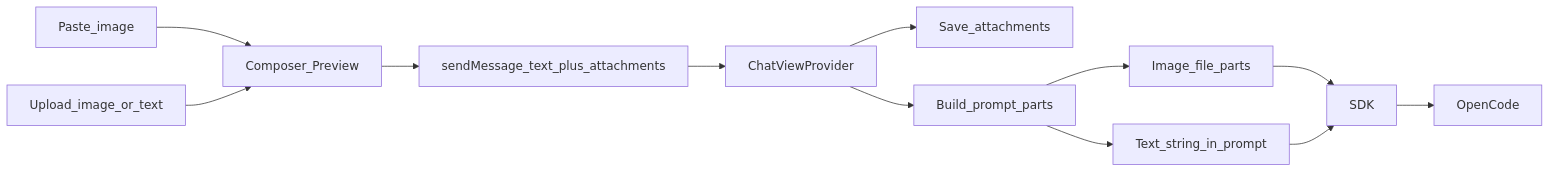
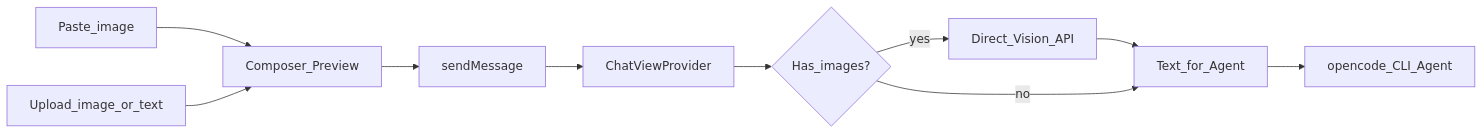
Before and after one commit to 13560440305/hxxcode: the diagram in docs/design/chat-image-attachments.md, drawn with Mermaid. The commit also changed other lines of this file and 32 other files, not shown here.

Commit message:
改造管理请求流程，将改成 VSCode_AI_CodingAgent_总体架构设计_v1.md 设计文档的模式进行处理，让其更接近claude code

````diff
--- a/docs/design/chat-image-attachments.md
+++ b/docs/design/chat-image-attachments.md
@@ -31,14 +35,12 @@
 ```mermaid
 flowchart LR
   pasteImg[Paste_image] --> preview[Composer_Preview]
   upload[Upload_image_or_text] --> preview
-  preview --> sendMsg[sendMessage_text_plus_attachments]
+  preview --> sendMsg[sendMessage]
   sendMsg --> host[ChatViewProvider]
-  host --> saveFiles[Save_attachments]
-  host --> build[Build_prompt_parts]
-  build --> imgParts[Image_file_parts]
-  build --> textParts[Text_string_in_prompt]
-  imgParts --> sdk[SDK]
-  textParts --> sdk
-  sdk --> oc[OpenCode]
+  host --> hasImg{Has_images?}
+  hasImg -->|yes| vision[Direct_Vision_API]
+  vision --> agentText[Text_for_Agent]
+  hasImg -->|no| agentText
+  agentText --> oc[opencode_CLI_Agent]
 ```
````
